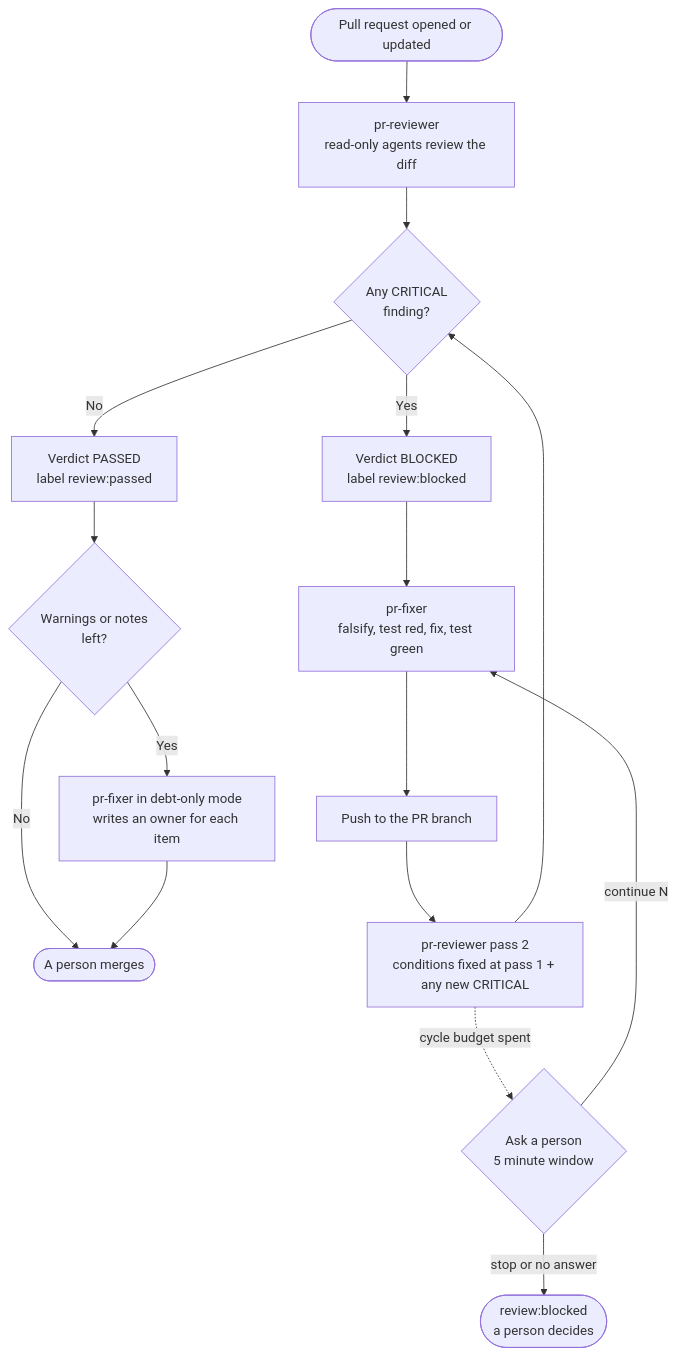
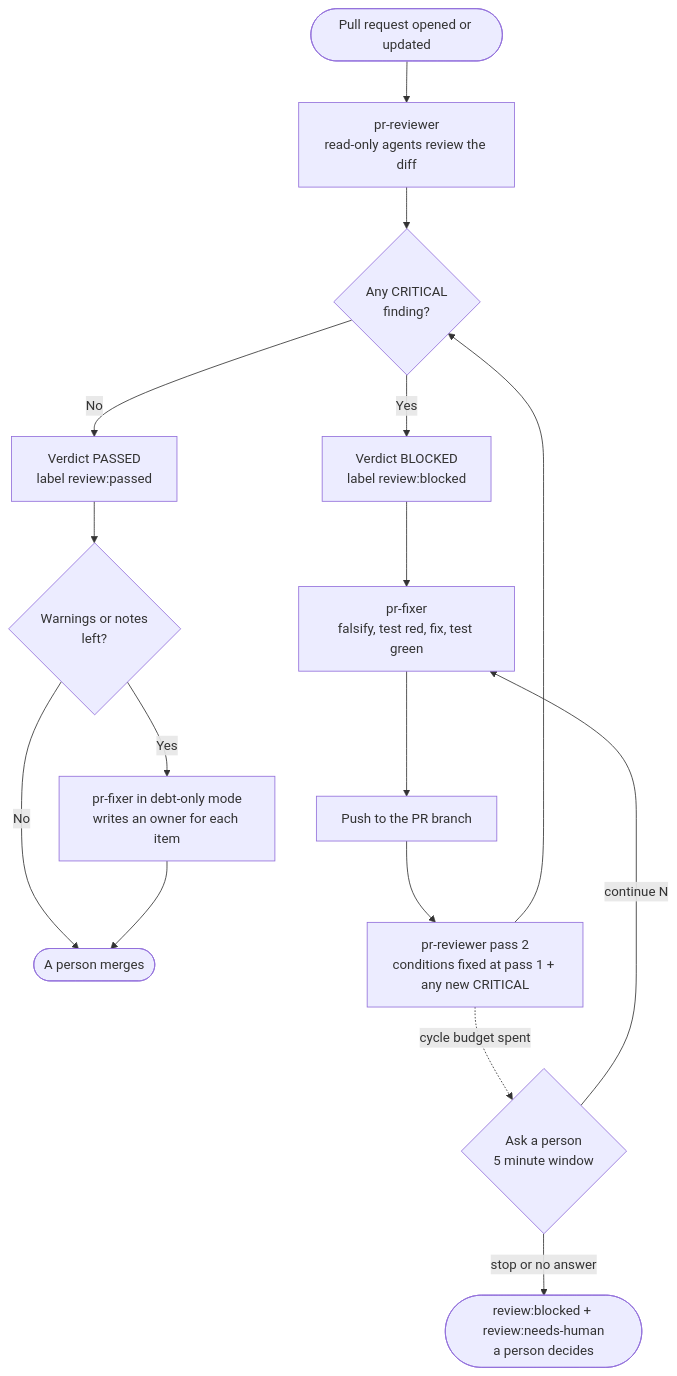
One commit to jonyfs/pr-reviewer-fixer changed the diagram in docs/diagrams/01-overview.mmd. Above: the diagram before and after it, drawn with Mermaid. The commit also changed 95 other files, not shown here.

First line of the commit message:
Release 0.1.0: versioning, update notice, needs-human label, .agents/skills layout

```diff
--- a/docs/diagrams/01-overview.mmd
+++ b/docs/diagrams/01-overview.mmd
@@ -1,16 +1,16 @@
 flowchart TD
     A([Pull request opened or updated]) --> B[pr-reviewer<br/>read-only agents review the diff]
     B --> C{Any CRITICAL<br/>finding?}
     C -- No --> D[Verdict PASSED<br/>label review:passed]
     C -- Yes --> E[Verdict BLOCKED<br/>label review:blocked]
     D --> F{Warnings or notes<br/>left?}
     F -- Yes --> G[pr-fixer in debt-only mode<br/>writes an owner for each item]
     F -- No --> H([A person merges])
     G --> H
     E --> I[pr-fixer<br/>falsify, test red, fix, test green]
     I --> J[Push to the PR branch]
     J --> K[pr-reviewer pass 2<br/>conditions fixed at pass 1 + any new CRITICAL]
     K --> C
     K -. cycle budget spent .-> L{Ask a person<br/>5 minute window}
     L -- continue N --> I
-    L -- stop or no answer --> M([review:blocked<br/>a person decides])
+    L -- stop or no answer --> M([review:blocked + review:needs-human<br/>a person decides])
```
